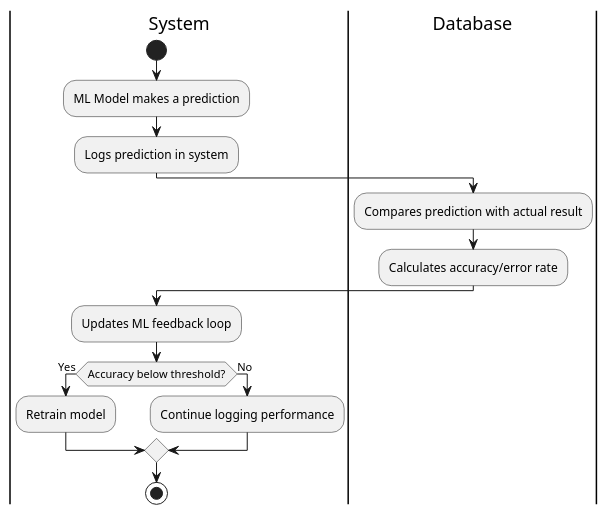
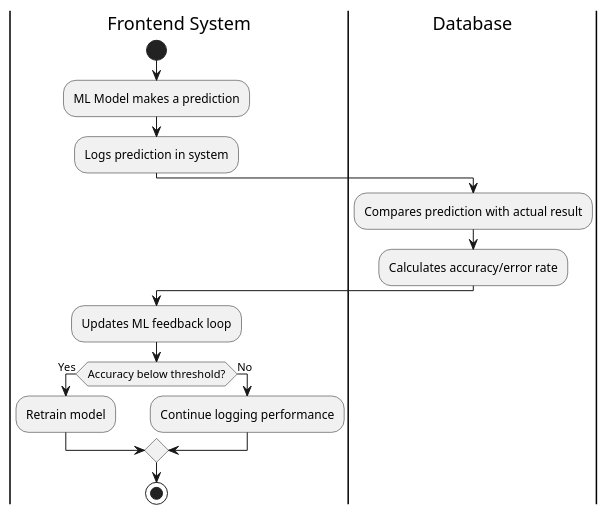
One commit to arongu321/Basketify_SBX changed the eighth of 9 diagrams in diagrams/Activity/activity.puml. Above: the diagram before and after it, drawn with PlantUML. The commit also changed other lines of this file and 10 other files, not shown here.

```diff
--- a/diagrams/Activity/activity.puml
+++ b/diagrams/Activity/activity.puml
@@ -307,19 +334,19 @@
 @startuml MLPerformanceLogging
-|System|
+|Frontend System|
 start
 :ML Model makes a prediction;
 :Logs prediction in system;
 
 |Database|
 :Compares prediction with actual result;
 :Calculates accuracy/error rate;
 
-|System|
+|Frontend System|
 :Updates ML feedback loop;
 if (Accuracy below threshold?) then (Yes)
     :Retrain model;
 else (No)
     :Continue logging performance;
 endif
 stop
 @enduml
```
